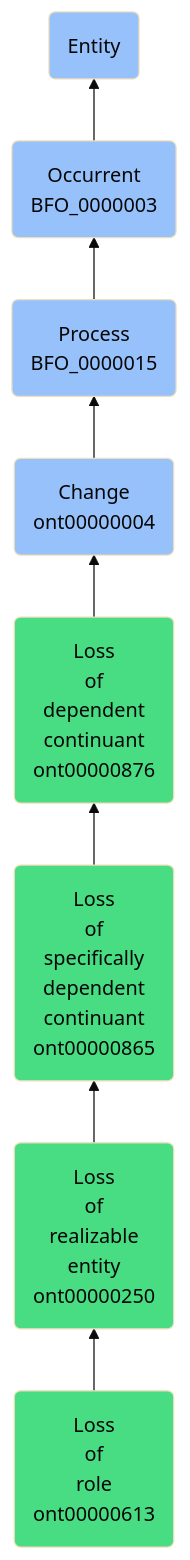
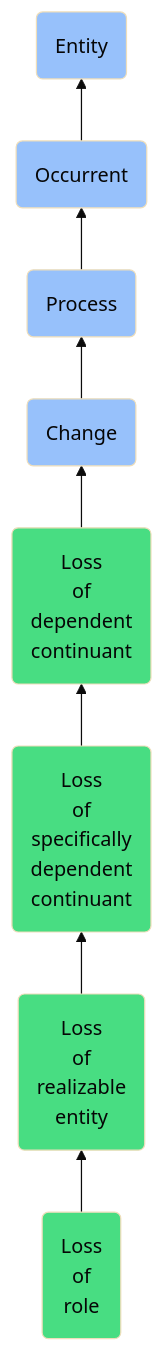
One commit to jupyter-naas/abi changed the diagram in docs/ontology/reference/model/Entity/Occurrent/Process/Change/Loss of dependent continuant/Loss of specifically dependent continuant/Loss of realizable entity/Loss of role/Loss of role.md. Above: the diagram before and after it, drawn with Mermaid (base theme). The commit also changed other lines of this file and 1430 other files, not shown here.

````diff
--- a/docs/ontology/reference/model/Entity/Occurrent/Process/Change/Loss of dependent continuant/Loss of specifically dependent continuant/Loss of realizable entity/Loss of role/Loss of role.md
+++ b/docs/ontology/reference/model/Entity/Occurrent/Process/Change/Loss of dependent continuant/Loss of specifically dependent continuant/Loss of realizable entity/Loss of role/Loss of role.md
@@ -24,15 +24,15 @@
 ```mermaid
 graph BT
-    ont00000613(Loss<br>of<br>role<br>ont00000613):::ABI-->ont00000250
-    ont00000250(Loss<br>of<br>realizable<br>entity<br>ont00000250):::ABI-->ont00000865
-    ont00000865(Loss<br>of<br>specifically<br>dependent<br>continuant<br>ont00000865):::ABI-->ont00000876
-    ont00000876(Loss<br>of<br>dependent<br>continuant<br>ont00000876):::ABI-->ont00000004
-    ont00000004(Change<br>ont00000004):::BFO-->BFO_0000015
-    BFO_0000015(Process<br>BFO_0000015):::BFO-->BFO_0000003
-    BFO_0000003(Occurrent<br>BFO_0000003):::BFO-->BFO_0000001
+    ont00000613(Loss<br>of<br>role):::ABI-->ont00000250
+    ont00000250(Loss<br>of<br>realizable<br>entity):::ABI-->ont00000865
+    ont00000865(Loss<br>of<br>specifically<br>dependent<br>continuant):::ABI-->ont00000876
+    ont00000876(Loss<br>of<br>dependent<br>continuant):::ABI-->ont00000004
+    ont00000004(Change):::BFO-->BFO_0000015
+    BFO_0000015(Process):::BFO-->BFO_0000003
+    BFO_0000003(Occurrent):::BFO-->BFO_0000001
     BFO_0000001(Entity):::BFO
     
     classDef BFO fill:#97c1fb,color:#060606
     classDef CCO fill:#e4c51e,color:#060606
     classDef ABI fill:#48DD82,color:#060606
 ```
````
